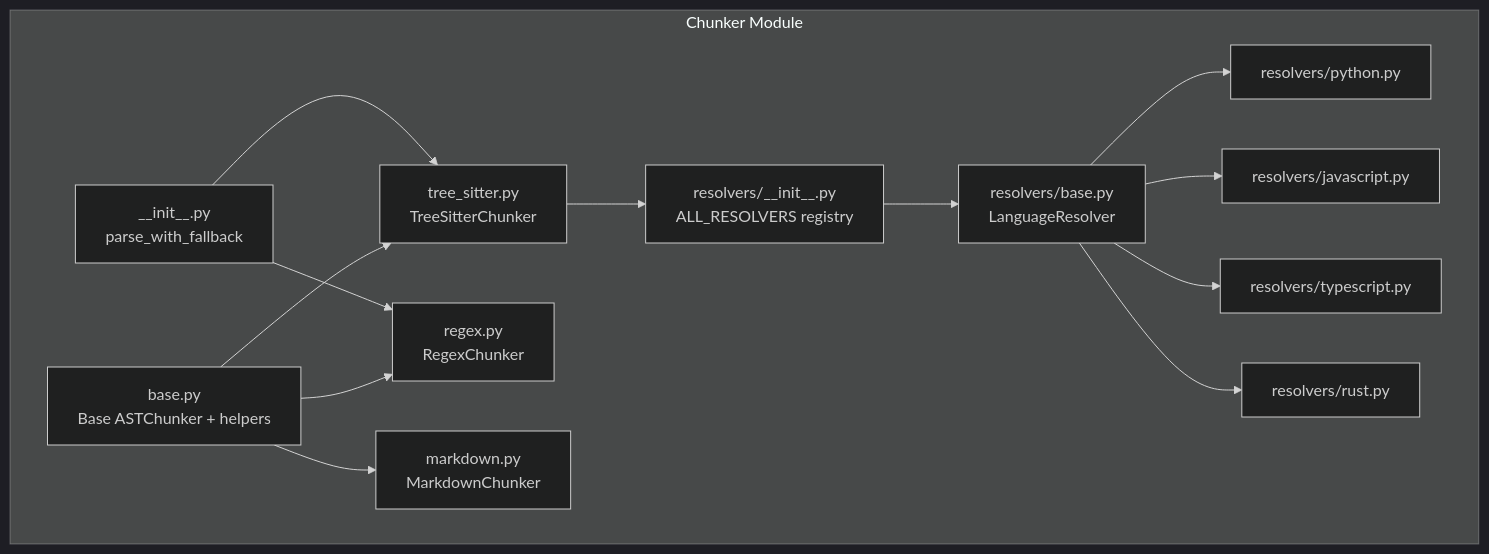
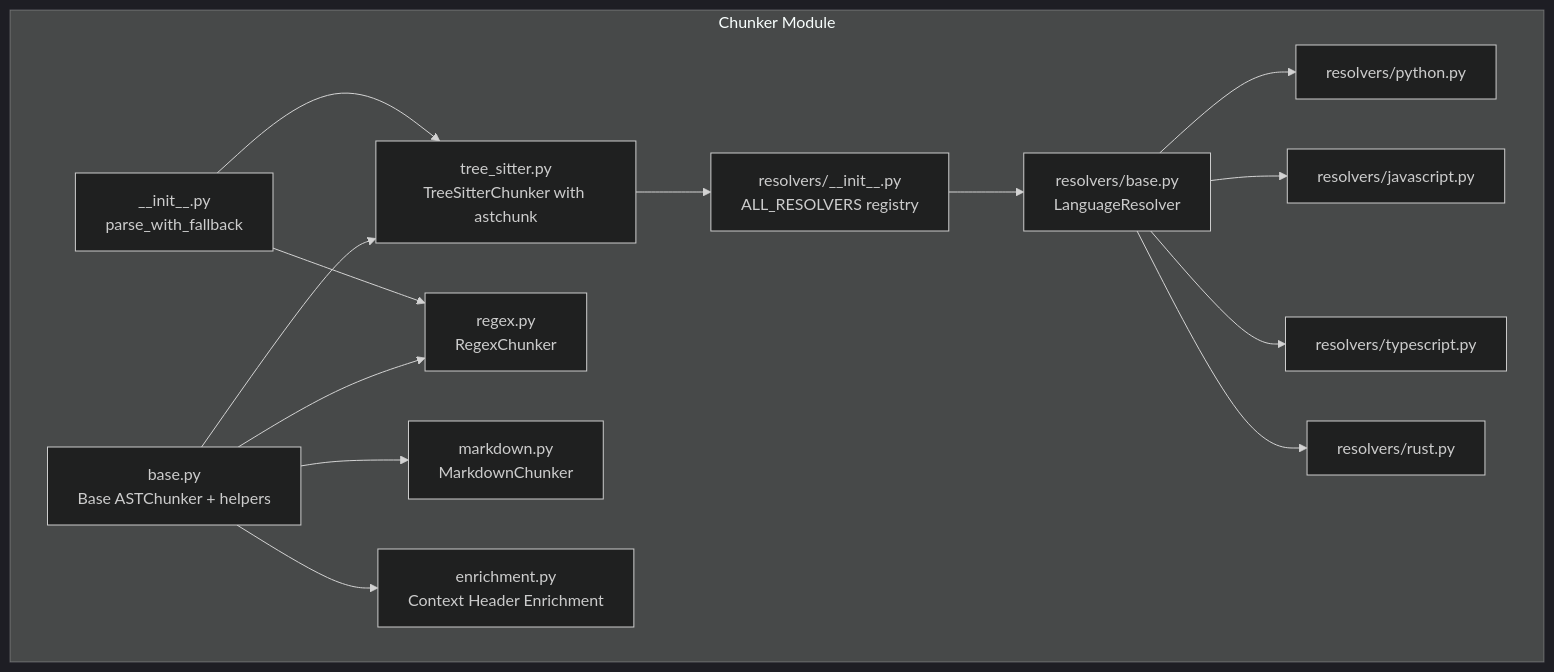
The first of 10 diagrams in .qoder/repowiki/en/content/Core Modules/Chunker System/Chunker System.md (maemreyo/zmr-ctx-paker), drawn with Mermaid (dark theme) before and after one commit. The commit also changed other lines of this file and 94 other files, not shown here.

````diff
--- a/.qoder/repowiki/en/content/Core Modules/Chunker System/Chunker System.md
+++ b/.qoder/repowiki/en/content/Core Modules/Chunker System/Chunker System.md
@@ -52,27 +64,29 @@
 ```mermaid
 graph TB
 subgraph "Chunker Module"
 A["base.py<br/>Base ASTChunker + helpers"]
-B["tree_sitter.py<br/>TreeSitterChunker"]
+B["tree_sitter.py<br/>TreeSitterChunker with astchunk"]
 C["regex.py<br/>RegexChunker"]
 D["markdown.py<br/>MarkdownChunker"]
-E["resolvers/__init__.py<br/>ALL_RESOLVERS registry"]
-F["resolvers/base.py<br/>LanguageResolver"]
-G["resolvers/python.py"]
-H["resolvers/javascript.py"]
-I["resolvers/typescript.py"]
-J["resolvers/rust.py"]
-K["__init__.py<br/>parse_with_fallback"]
+E["enrichment.py<br/>Context Header Enrichment"]
+F["resolvers/__init__.py<br/>ALL_RESOLVERS registry"]
+G["resolvers/base.py<br/>LanguageResolver"]
+H["resolvers/python.py"]
+I["resolvers/javascript.py"]
+J["resolvers/typescript.py"]
+K["resolvers/rust.py"]
+L["__init__.py<br/>parse_with_fallback"]
 end
 A --> B
 A --> C
 A --> D
-B --> E
-E --> F
+A --> E
+B --> F
 F --> G
-F --> H
-F --> I
-F --> J
-K --> B
-K --> C
+G --> H
+G --> I
+G --> J
+G --> K
+L --> B
+L --> C
 ```
````
